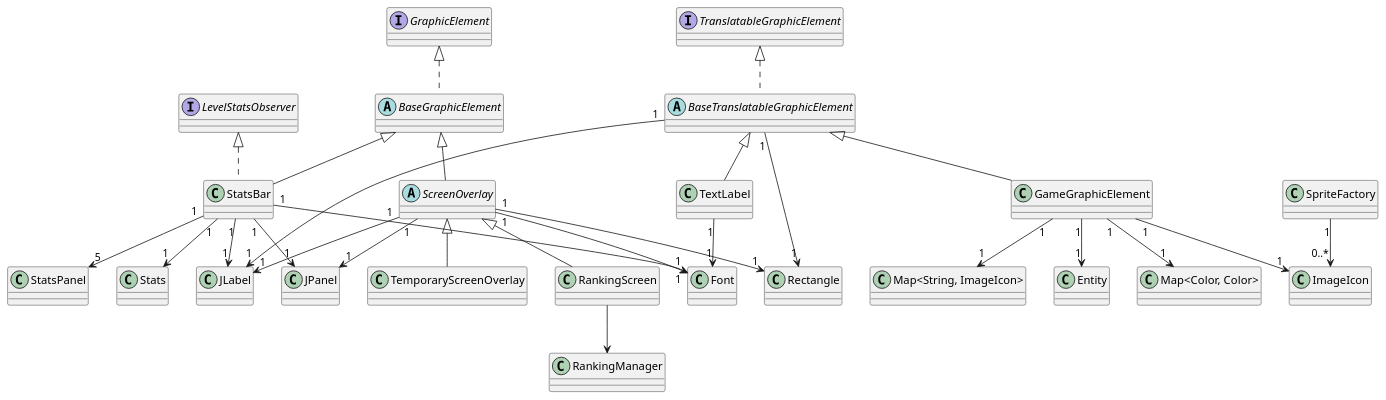
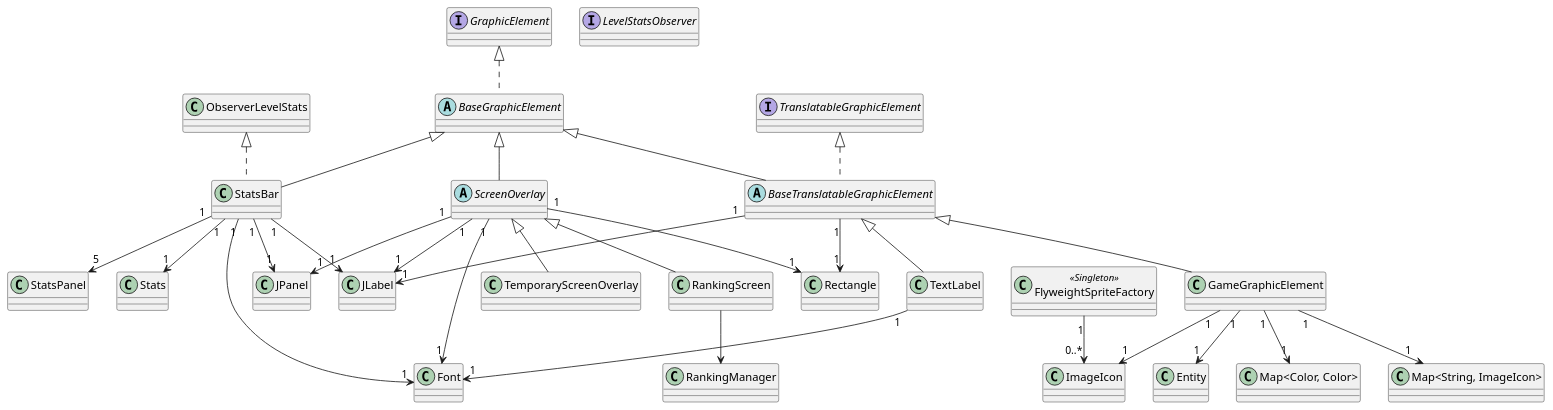
Before and after one commit to giuli635/SuperMarioBros: the diagram in Diagramas/diagramas/Reducido parcial/Graphics/Graphics.puml, drawn with PlantUML. The commit also changed 4 other files, not shown here.

```diff
--- a/Diagramas/diagramas/Reducido parcial/Graphics/Graphics.puml
+++ b/Diagramas/diagramas/Reducido parcial/Graphics/Graphics.puml
@@ -1,47 +1,50 @@
 @startuml Graphics
 
 abstract BaseGraphicElement
 abstract ScreenOverlay 
 abstract BaseTranslatableGraphicElement
 
 interface GraphicElement
 interface TranslatableGraphicElement
 interface LevelStatsObserver
 
+class FlyweightSpriteFactory <<Singleton>>
+
 BaseGraphicElement .u.|> GraphicElement
 
+BaseTranslatableGraphicElement -u-|> BaseGraphicElement
 BaseTranslatableGraphicElement .u.|> TranslatableGraphicElement
 BaseTranslatableGraphicElement "1" --> "1" Rectangle
 BaseTranslatableGraphicElement "1" --> "1" JLabel
 
 GameGraphicElement -u-|> BaseTranslatableGraphicElement
 GameGraphicElement "1" --> "1" Entity
 GameGraphicElement "1" --> "1" ImageIcon
 GameGraphicElement "1" --> "1" "Map<Color, Color>"
 GameGraphicElement "1" --> "1" "Map<String, ImageIcon>"
 
 ScreenOverlay -u-|> BaseGraphicElement
 ScreenOverlay "1" --> "1" JPanel
 ScreenOverlay "1" --> "1" JLabel
 ScreenOverlay "1" --> "1" Font
 ScreenOverlay "1" --> "1" Rectangle
 
 TemporaryScreenOverlay -u-|> ScreenOverlay
 
 RankingScreen -u-|> ScreenOverlay
 RankingScreen --> RankingManager
 
 StatsBar -u-|> BaseGraphicElement
-StatsBar .u.|> LevelStatsObserver
+StatsBar .u.|> ObserverLevelStats
 StatsBar "1"  --> "1" JPanel
 StatsBar "1" --> "1" JLabel
 StatsBar "1" --> "5" StatsPanel
 StatsBar "1" --> "1" Stats
 StatsBar "1" --> "1" Font
 
 TextLabel -u-|> BaseTranslatableGraphicElement
 TextLabel "1" --> "1" Font
 
-SpriteFactory "1" --> "0..*" ImageIcon
+FlyweightSpriteFactory "1" --> "0..*" ImageIcon
 
 @enduml
```
